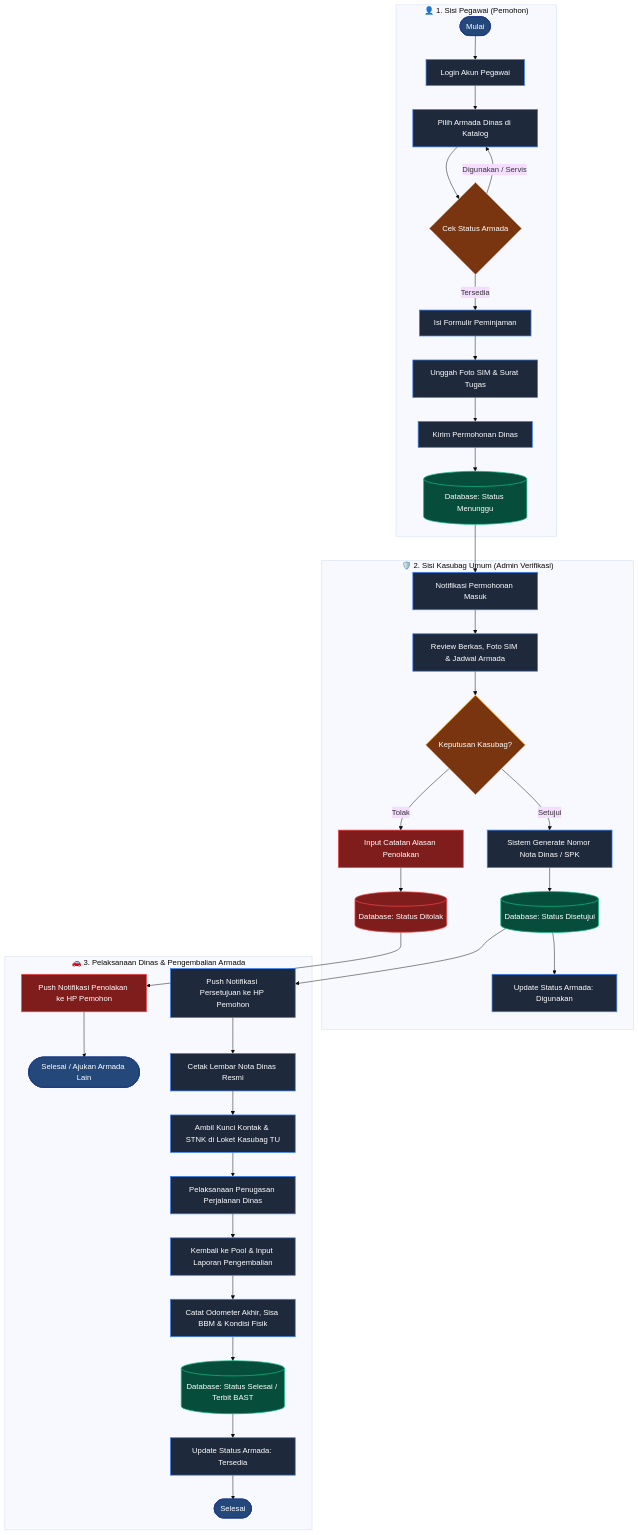
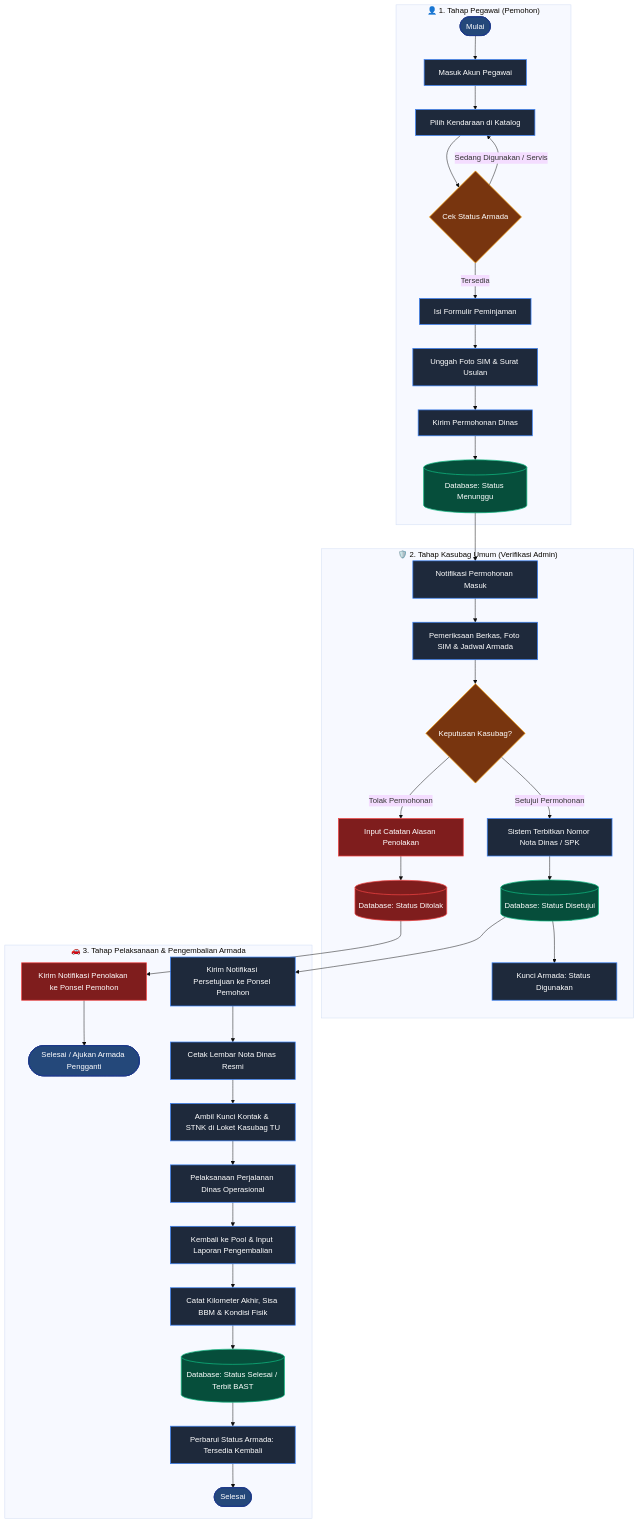
One commit to ahdewa/Sip-k changed the second of 3 diagrams in README.md. Above: the diagram before and after it, drawn with Mermaid (base theme). The commit also changed other lines of this file, not shown here.

Commit message:
docs: terjemahkan seluruh diagram dan dokumentasi README ke Bahasa Indonesia baku

````diff
--- a/README.md
+++ b/README.md
@@ -160,50 +160,50 @@
 ```mermaid
 flowchart TD
-    subgraph PEMOHON["👤 1. Sisi Pegawai (Pemohon)"]
-        A([Mulai]) --> B[Login Akun Pegawai]
-        B --> C[Pilih Armada Dinas di Katalog]
+    subgraph PEMOHON["👤 1. Tahap Pegawai (Pemohon)"]
+        A([Mulai]) --> B[Masuk Akun Pegawai]
+        B --> C[Pilih Kendaraan di Katalog]
         C --> D{Cek Status Armada}
-        D -- "Digunakan / Servis" --> C
+        D -- "Sedang Digunakan / Servis" --> C
         D -- "Tersedia" --> E[Isi Formulir Peminjaman]
-        E --> F[Unggah Foto SIM & Surat Tugas]
+        E --> F[Unggah Foto SIM & Surat Usulan]
         F --> G[Kirim Permohonan Dinas]
         G --> H[(Database: Status Menunggu)]
     end
 
-    subgraph ADMIN["🛡️ 2. Sisi Kasubag Umum (Admin Verifikasi)"]
+    subgraph ADMIN["🛡️ 2. Tahap Kasubag Umum (Verifikasi Admin)"]
         H --> I[Notifikasi Permohonan Masuk]
-        I --> J[Review Berkas, Foto SIM & Jadwal Armada]
+        I --> J[Pemeriksaan Berkas, Foto SIM & Jadwal Armada]
         J --> K{Keputusan Kasubag?}
-        K -- "Tolak" --> L[Input Catatan Alasan Penolakan]
+        K -- "Tolak Permohonan" --> L[Input Catatan Alasan Penolakan]
         L --> M[(Database: Status Ditolak)]
-        K -- "Setujui" --> N[Sistem Generate Nomor Nota Dinas / SPK]
+        K -- "Setujui Permohonan" --> N[Sistem Terbitkan Nomor Nota Dinas / SPK]
         N --> O[(Database: Status Disetujui)]
-        O --> P[Update Status Armada: Digunakan]
+        O --> P[Kunci Armada: Status Digunakan]
     end
 
-    subgraph PROSES["🚗 3. Pelaksanaan Dinas & Pengembalian Armada"]
-        M --> Q[Push Notifikasi Penolakan ke HP Pemohon]
-        Q --> Z1([Selesai / Ajukan Armada Lain])
-        O --> R[Push Notifikasi Persetujuan ke HP Pemohon]
+    subgraph PROSES["🚗 3. Tahap Pelaksanaan & Pengembalian Armada"]
+        M --> Q[Kirim Notifikasi Penolakan ke Ponsel Pemohon]
+        Q --> Z1([Selesai / Ajukan Armada Pengganti])
+        O --> R[Kirim Notifikasi Persetujuan ke Ponsel Pemohon]
         R --> S[Cetak Lembar Nota Dinas Resmi]
         S --> T[Ambil Kunci Kontak & STNK di Loket Kasubag TU]
-        T --> U[Pelaksanaan Penugasan Perjalanan Dinas]
+        T --> U[Pelaksanaan Perjalanan Dinas Operasional]
         U --> V[Kembali ke Pool & Input Laporan Pengembalian]
-        V --> W[Catat Odometer Akhir, Sisa BBM & Kondisi Fisik]
+        V --> W[Catat Kilometer Akhir, Sisa BBM & Kondisi Fisik]
         W --> X[(Database: Status Selesai / Terbit BAST)]
-        X --> Y[Update Status Armada: Tersedia]
+        X --> Y[Perbarui Status Armada: Tersedia Kembali]
         Y --> Z2([Selesai])
     end
 
     classDef startEnd fill:#24487A,stroke:#1E3A8A,stroke-width:2px,color:#fff;
     classDef process fill:#1E293B,stroke:#3B82F6,stroke-width:1.5px,color:#fff;
     classDef decision fill:#78350F,stroke:#F59E0B,stroke-width:1.5px,color:#fff;
     classDef database fill:#064E3B,stroke:#10B981,stroke-width:1.5px,color:#fff;
     classDef reject fill:#7F1D1D,stroke:#EF4444,stroke-width:1.5px,color:#fff;
 
     class A,Z1,Z2 startEnd;
     class B,C,E,F,G,I,J,N,P,R,S,T,U,V,W,Y process;
     class D,K decision;
     class H,O,X database;
     class L,M,Q reject;
 ```
````
